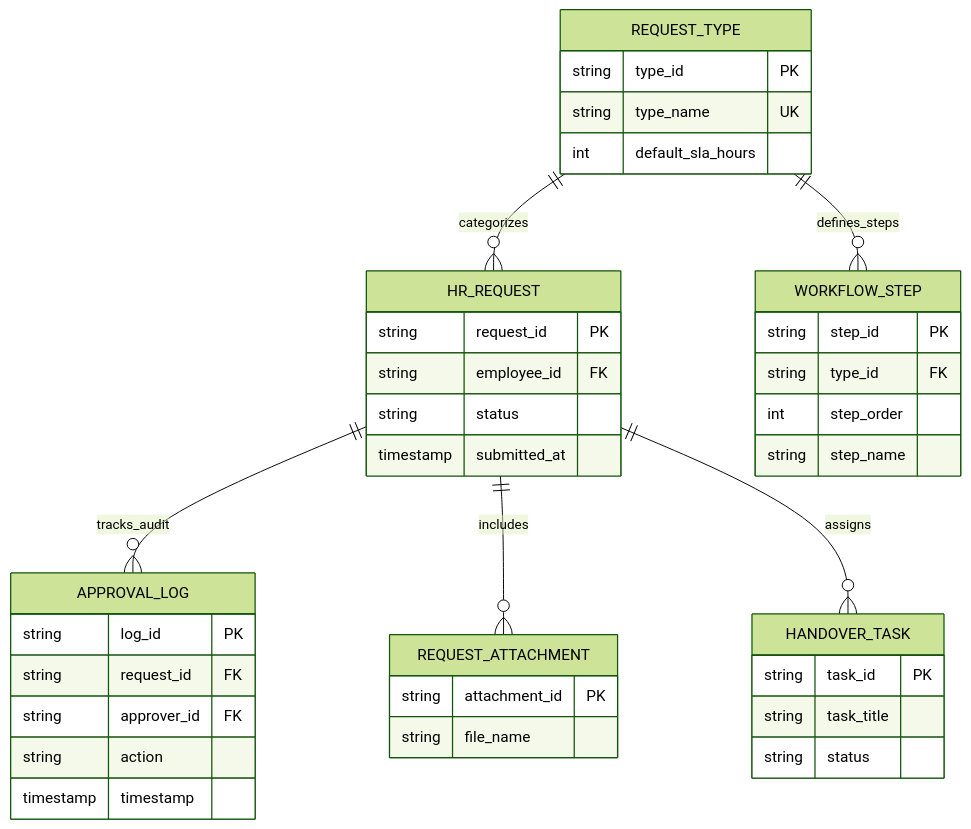
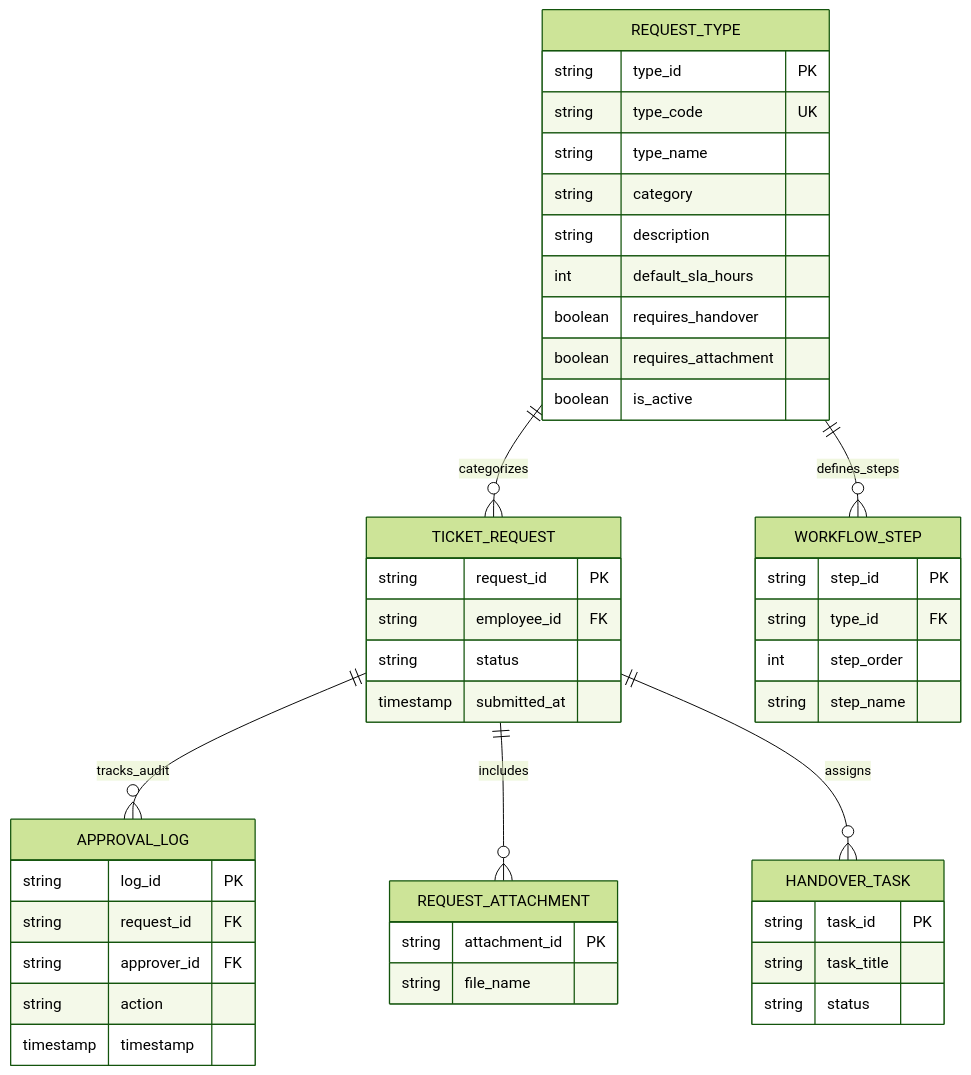
Before and after one commit to votrongdao/Copilot.HR: the fourth of 4 diagrams in databases/README.md, drawn with Mermaid (forest theme). The commit also changed other lines of this file and 35 other files, not shown here.

````diff
--- a/databases/README.md
+++ b/databases/README.md
@@ -305,42 +381,48 @@
 ```mermaid
 erDiagram
-    REQUEST_TYPE ||--o{ HR_REQUEST : "categorizes"
+    REQUEST_TYPE ||--o{ TICKET_REQUEST : "categorizes"
     REQUEST_TYPE ||--o{ WORKFLOW_STEP : "defines_steps"
-    HR_REQUEST ||--o{ APPROVAL_LOG : "tracks_audit"
-    HR_REQUEST ||--o{ REQUEST_ATTACHMENT : "includes"
-    HR_REQUEST ||--o{ HANDOVER_TASK : "assigns"
+    TICKET_REQUEST ||--o{ APPROVAL_LOG : "tracks_audit"
+    TICKET_REQUEST ||--o{ REQUEST_ATTACHMENT : "includes"
+    TICKET_REQUEST ||--o{ HANDOVER_TASK : "assigns"
 
     REQUEST_TYPE {
         string type_id PK
-        string type_name UK
+        string type_code UK
+        string type_name
+        string category
+        string description
         int default_sla_hours
+        boolean requires_handover
+        boolean requires_attachment
+        boolean is_active
     }
     WORKFLOW_STEP {
         string step_id PK
         string type_id FK
         int step_order
         string step_name
     }
-    HR_REQUEST {
+    TICKET_REQUEST {
         string request_id PK
         string employee_id FK
         string status
         timestamp submitted_at
     }
     APPROVAL_LOG {
         string log_id PK
         string request_id FK
         string approver_id FK
         string action
         timestamp timestamp
     }
     REQUEST_ATTACHMENT {
         string attachment_id PK
         string file_name
     }
     HANDOVER_TASK {
         string task_id PK
         string task_title
         string status
     }
 ```
````
